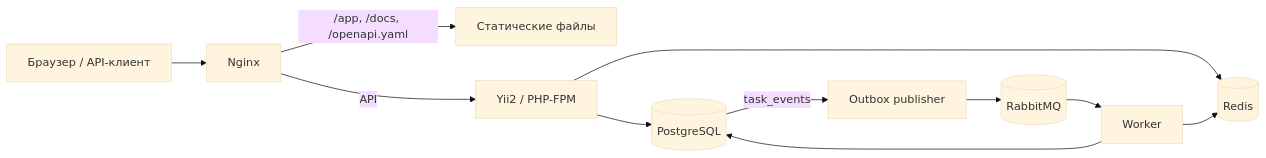
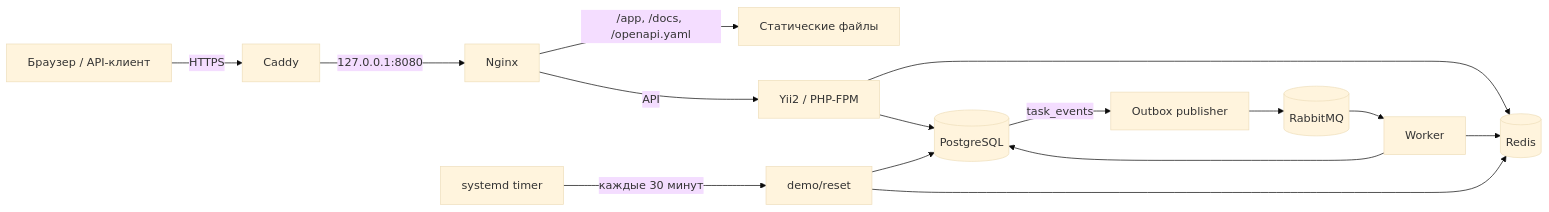
One commit to dregvilton/taskpulse-api changed the diagram in architecture.md. Above: the diagram before and after it, drawn with Mermaid (base theme). The commit also changed other lines of this file and 35 other files, not shown here.

````diff
--- a/architecture.md
+++ b/architecture.md
@@ -5,13 +5,17 @@
 ```mermaid
 flowchart LR
-    Browser[Браузер / API-клиент] --> Nginx[Nginx]
+    Browser[Браузер / API-клиент] -->|HTTPS| Caddy[Caddy]
+    Caddy -->|127.0.0.1:8080| Nginx[Nginx]
     Nginx -->|/app, /docs, /openapi.yaml| Static[Статические файлы]
     Nginx -->|API| PHP[Yii2 / PHP-FPM]
     PHP --> PG[(PostgreSQL)]
     PHP --> Redis[(Redis)]
     PG -->|task_events| Publisher[Outbox publisher]
     Publisher --> MQ[(RabbitMQ)]
     MQ --> Worker[Worker]
     Worker --> PG
     Worker --> Redis
+    Timer[systemd timer] -->|каждые 30 минут| Demo[demo/reset]
+    Demo --> PG
+    Demo --> Redis
 ```
````
